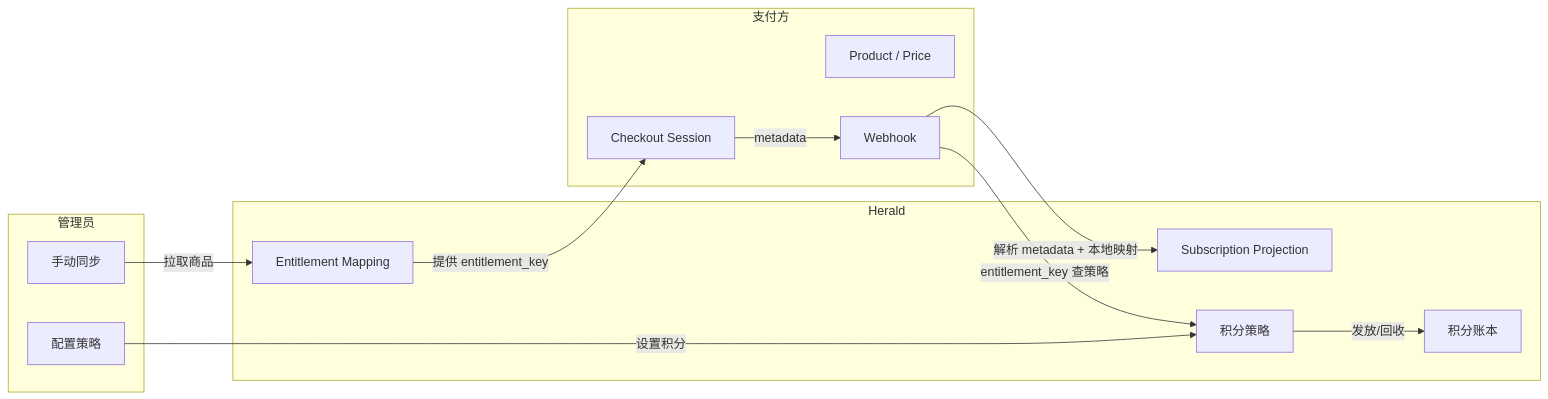
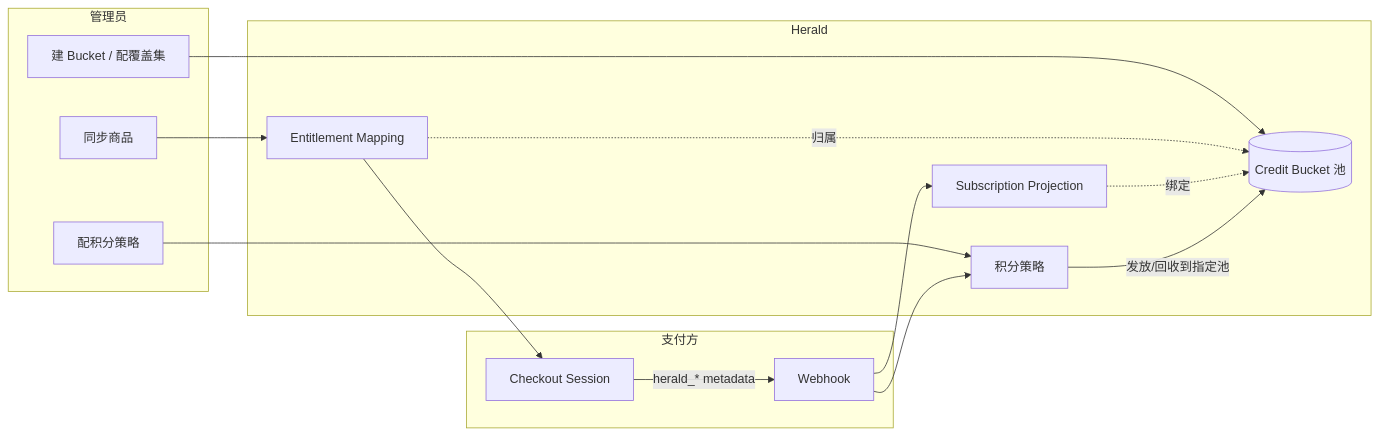
The diagram in docs/tutorials/billing-overview.md (ansonTGN/herald), drawn with Mermaid before and after one commit. The commit also changed other lines of this file and 24 other files, not shown here.

First line of the commit message:
feat(billing): create draft entitlement mappings on product sync and fix cross-provider purchase flow

````diff
--- a/docs/tutorials/billing-overview.md
+++ b/docs/tutorials/billing-overview.md
@@ -82,28 +122,31 @@
 ```mermaid
 flowchart LR
     subgraph 支付方
-        P[Product / Price]
         CK[Checkout Session]
         WH[Webhook]
     end
 
     subgraph Herald
         EM[Entitlement Mapping]
         SP[Subscription Projection]
         PP[积分策略]
-        PB[积分账本]
+        CB[(Credit Bucket 池)]
     end
 
     subgraph 管理员
-        SYNC[手动同步]
-        CFG[配置策略]
+        SYNC[同步商品]
+        BUCKET[建 Bucket / 配覆盖集]
+        CFG[配积分策略]
     end
 
-    SYNC -->|拉取商品| EM
-    CFG -->|设置积分| PP
-    EM -->|提供 entitlement_key| CK
-    CK -->|metadata| WH
-    WH -->|解析 metadata + 本地映射| SP
-    WH -->|entitlement_key 查策略| PP
-    PP -->|发放/回收| PB
+    BUCKET --> CB
+    SYNC --> EM
+    EM -. 归属 .-> CB
+    CFG --> PP
+    EM --> CK
+    CK -->| herald_* metadata | WH
+    WH --> SP
+    SP -. 绑定 .-> CB
+    WH --> PP
+    PP -->| 发放/回收到指定池 | CB
 ```
````
